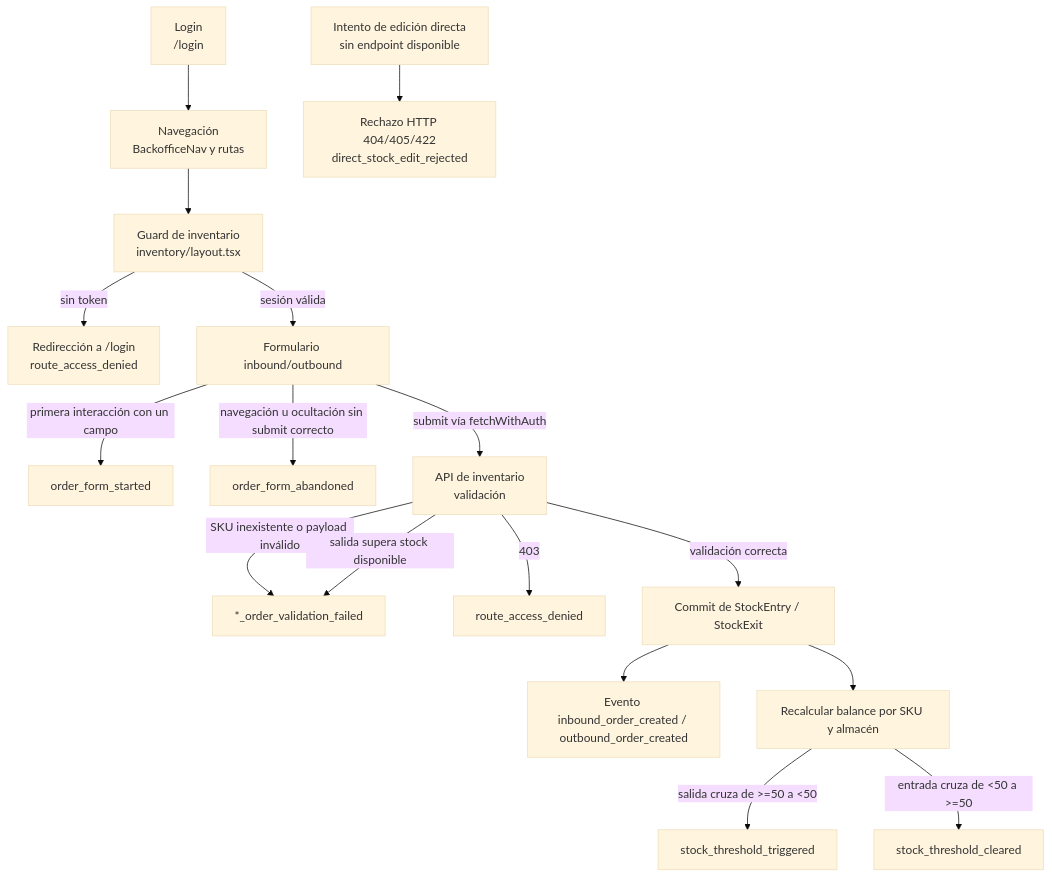
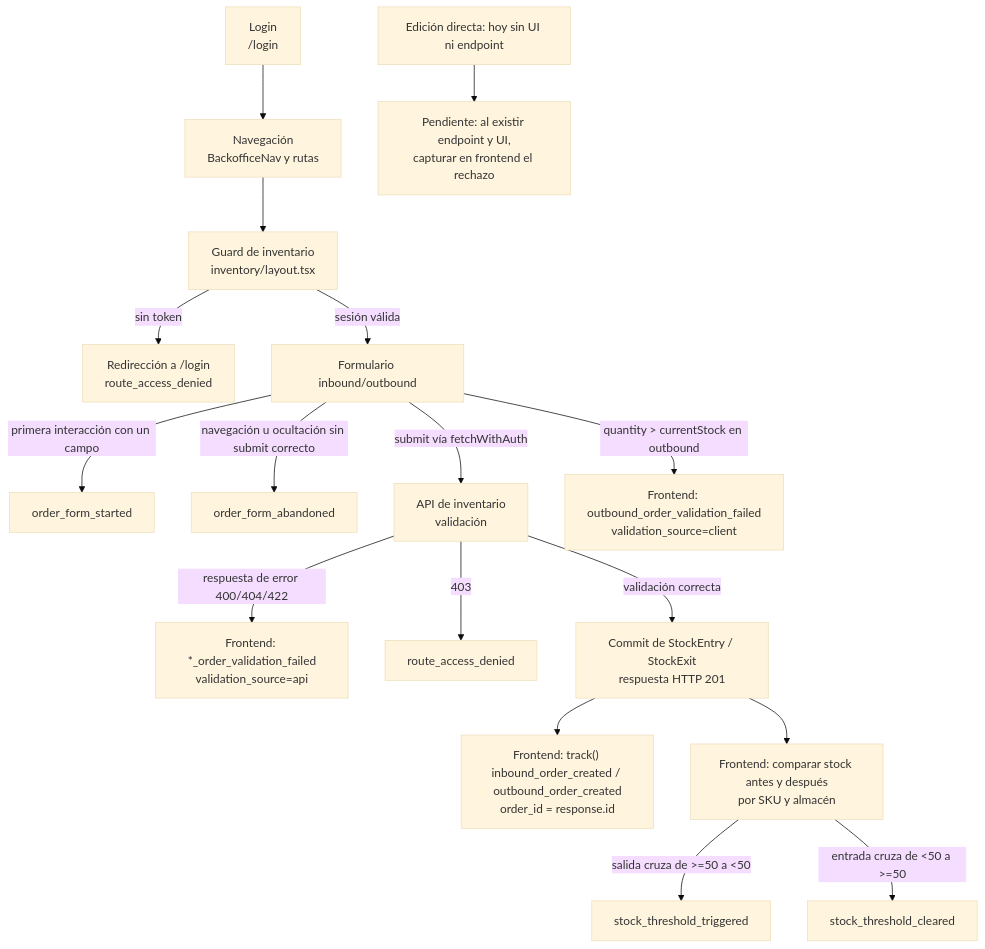
One commit to 4GeeksAcademy/Mi-Contexto-De-Empresa-Marisin changed the diagram in docs/telemetry/telemetry-plan.md. Above: the diagram before and after it, drawn with Mermaid (base theme). The commit also changed other lines of this file and 1 other file, not shown here.

````diff
--- a/docs/telemetry/telemetry-plan.md
+++ b/docs/telemetry/telemetry-plan.md
@@ -41,19 +41,19 @@
 ```mermaid
 flowchart TD
     A["Login<br/>/login"] --> B["Navegación<br/>BackofficeNav y rutas"]
     B --> C["Guard de inventario<br/>inventory/layout.tsx"]
     C -->|sin token| D["Redirección a /login<br/>route_access_denied"]
     C -->|sesión válida| E["Formulario inbound/outbound"]
     E -->|primera interacción con un campo| F["order_form_started"]
     E -->|navegación u ocultación sin submit correcto| G["order_form_abandoned"]
     E -->|submit vía fetchWithAuth| H["API de inventario<br/>validación"]
-    H -->|SKU inexistente o payload inválido| I["*_order_validation_failed"]
-    H -->|salida supera stock disponible| I
+    H -->|respuesta de error 400/404/422| I["Frontend: *_order_validation_failed<br/>validation_source=api"]
+    E -->|quantity > currentStock en outbound| I2["Frontend: outbound_order_validation_failed<br/>validation_source=client"]
     H -->|403| J["route_access_denied"]
-    H -->|validación correcta| K["Commit de StockEntry / StockExit"]
-    K --> L["Evento inbound_order_created / outbound_order_created"]
-    K --> M["Recalcular balance por SKU y almacén"]
+    H -->|validación correcta| K["Commit de StockEntry / StockExit<br/>respuesta HTTP 201"]
+    K --> L["Frontend: track() inbound_order_created / outbound_order_created<br/>order_id = response.id"]
+    K --> M["Frontend: comparar stock antes y después<br/>por SKU y almacén"]
     M -->|salida cruza de >=50 a <50| N["stock_threshold_triggered"]
     M -->|entrada cruza de <50 a >=50| O["stock_threshold_cleared"]
-    P["Intento de edición directa<br/>sin endpoint disponible"] --> Q["Rechazo HTTP 404/405/422<br/>direct_stock_edit_rejected"]
+    P["Edición directa: hoy sin UI ni endpoint"] --> Q["Pendiente: al existir endpoint y UI,<br/>capturar en frontend el rechazo"]
 ```
````
